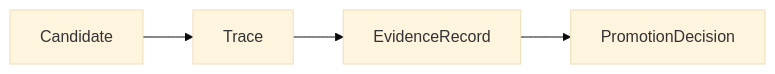
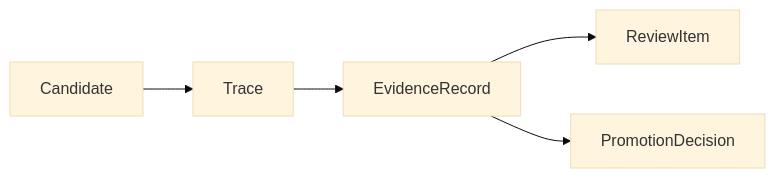
One commit to openboa-ai/ouroboros changed the diagram in wiki/architecture/specs/10-evidence-record-contract.md. Above: the diagram before and after it, drawn with Mermaid (base theme). The commit also changed other lines of this file and 80 other files, not shown here.

Commit message:
docs: lock mlp-01 architecture design baseline

````diff
--- a/wiki/architecture/specs/10-evidence-record-contract.md
+++ b/wiki/architecture/specs/10-evidence-record-contract.md
@@ -120,6 +54,7 @@
 ```mermaid
 flowchart LR
     A["Candidate"] --> B["Trace"]
     B --> C["EvidenceRecord"]
-    C --> D["PromotionDecision"]
+    C --> D["ReviewItem"]
+    C --> E["PromotionDecision"]
 ```
````
